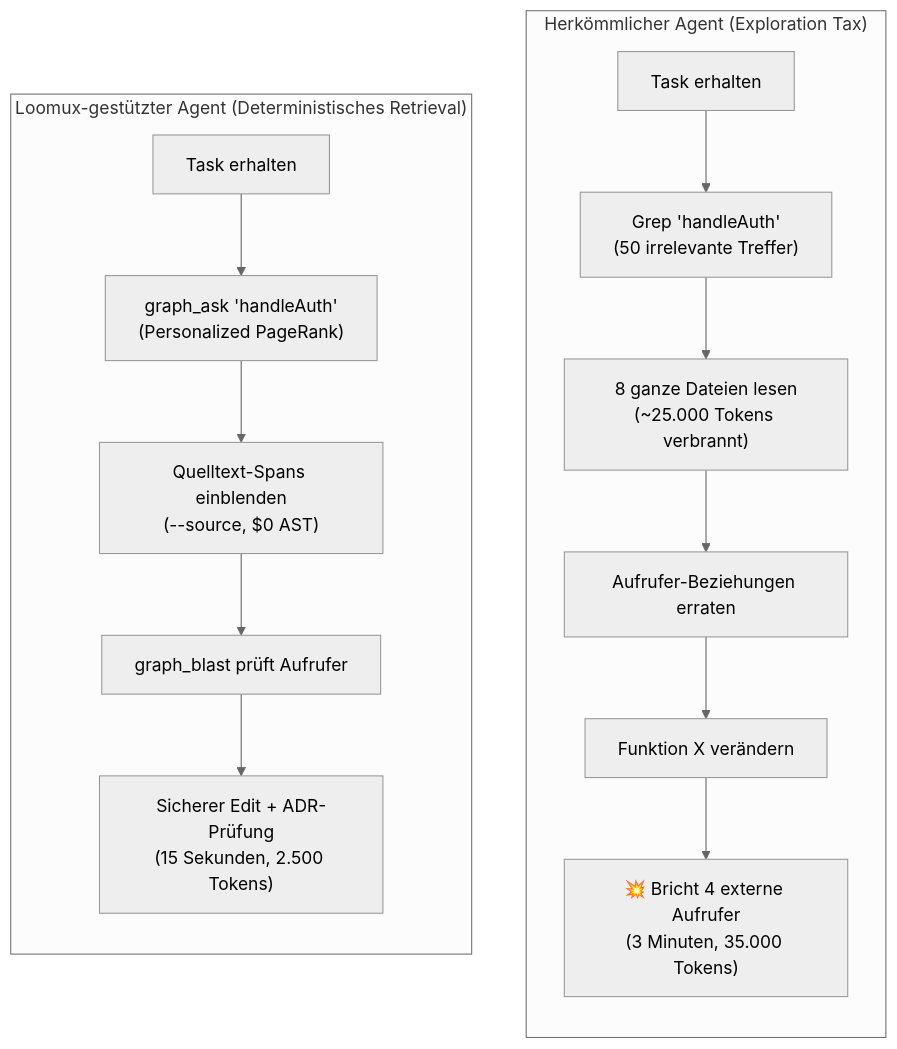
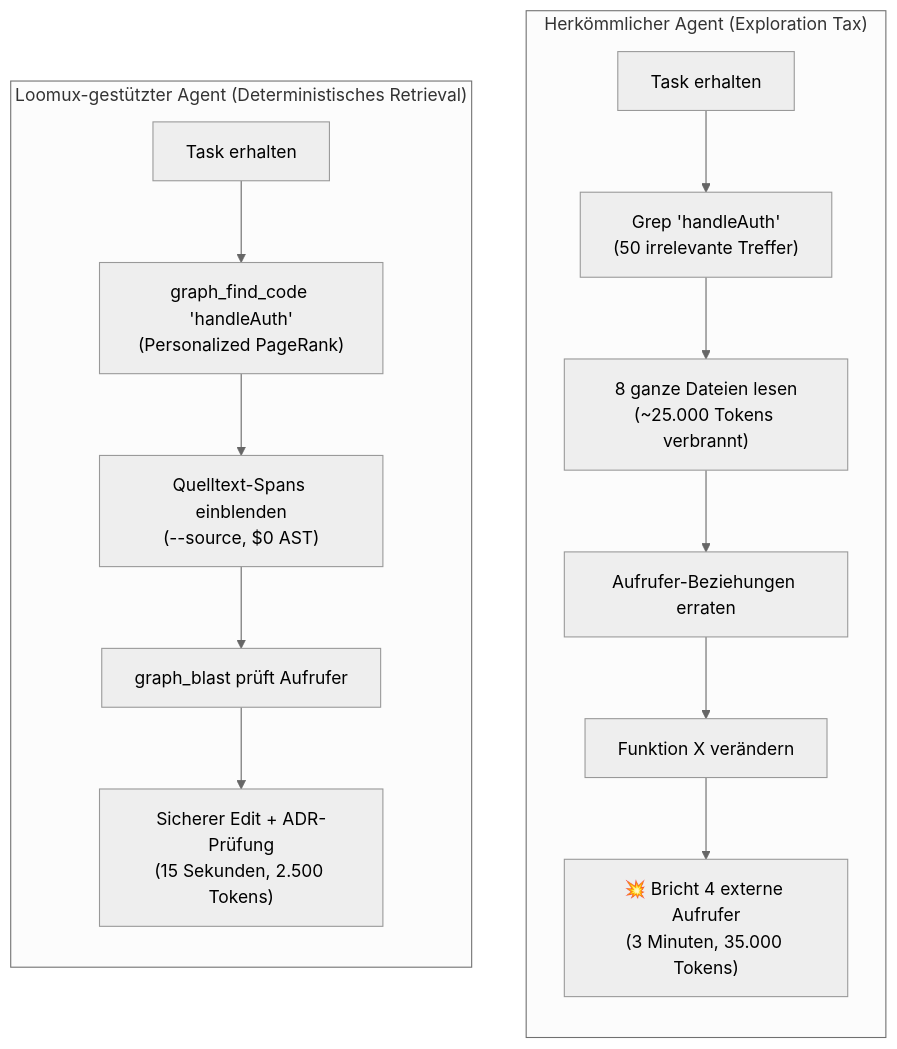
Before and after one commit to xidus90/loomux: the first of 5 diagrams in docs/de/architecture.md, drawn with Mermaid (neutral theme). The commit also changed other lines of this file and 18 other files, not shown here.

````diff
--- a/docs/de/architecture.md
+++ b/docs/de/architecture.md
@@ -18,19 +18,19 @@
 ```mermaid
 flowchart TD
     subgraph Herkoemmlich["Herkömmlicher Agent (Exploration Tax)"]
         direction TB
         Task1["Task erhalten"] --> Grep1["Grep 'handleAuth'<br/>(50 irrelevante Treffer)"]
         Grep1 --> Read1["8 ganze Dateien lesen<br/>(~25.000 Tokens verbrannt)"]
         Read1 --> Guess1["Aufrufer-Beziehungen erraten"]
         Guess1 --> Edit1["Funktion X verändern"]
         Edit1 --> Break1["💥 Bricht 4 externe Aufrufer<br/>(3 Minuten, 35.000 Tokens)"]
     end
 
     subgraph LoomuxGeleitet["Loomux-gestützter Agent (Deterministisches Retrieval)"]
         direction TB
-        Task2["Task erhalten"] --> GraphRank["graph_ask 'handleAuth'<br/>(Personalized PageRank)"]
+        Task2["Task erhalten"] --> GraphRank["graph_find_code 'handleAuth'<br/>(Personalized PageRank)"]
         GraphRank --> Spans["Quelltext-Spans einblenden<br/>(--source, $0 AST)"]
         Spans --> Blast["graph_blast prüft Aufrufer"]
         Blast --> SafeEdit["Sicherer Edit + ADR-Prüfung<br/>(15 Sekunden, 2.500 Tokens)"]
     end
 ```
````
